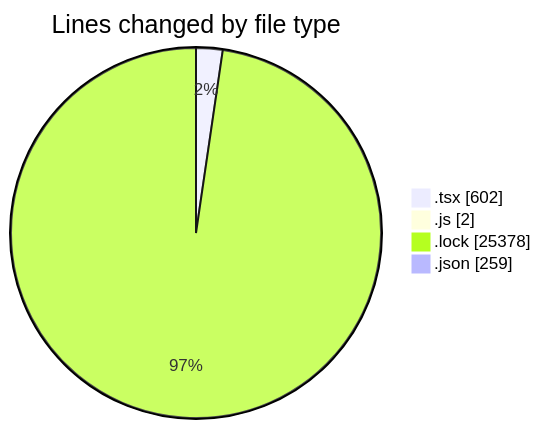
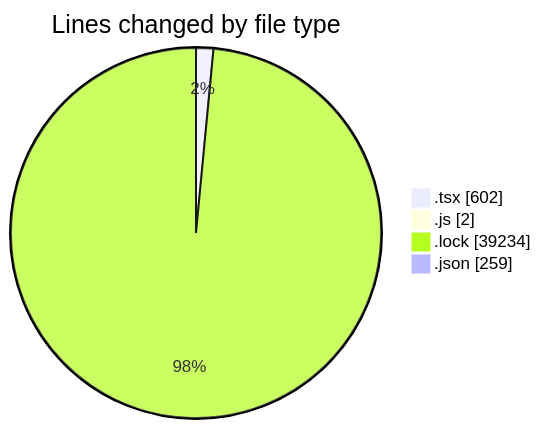
The first of 2 diagrams in 2026-05-15/cda/README.md (momahboobian/code-tracking), drawn with Mermaid before and after one commit. The commit also changed other lines of this file and 1 other file, not shown here.

````diff
--- a/2026-05-15/cda/README.md
+++ b/2026-05-15/cda/README.md
@@ -29,8 +29,8 @@
 ```mermaid
 pie showData
 title Lines changed by file type
 ".tsx" : 602
 ".js" : 2
-".lock" : 25378
+".lock" : 39234
 ".json" : 259
 ```
````
